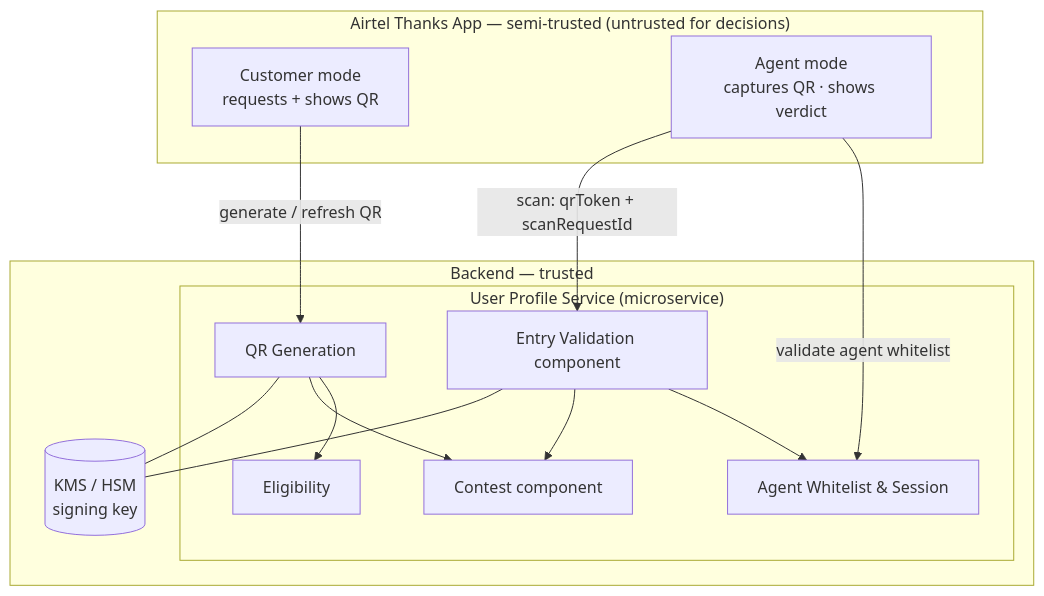
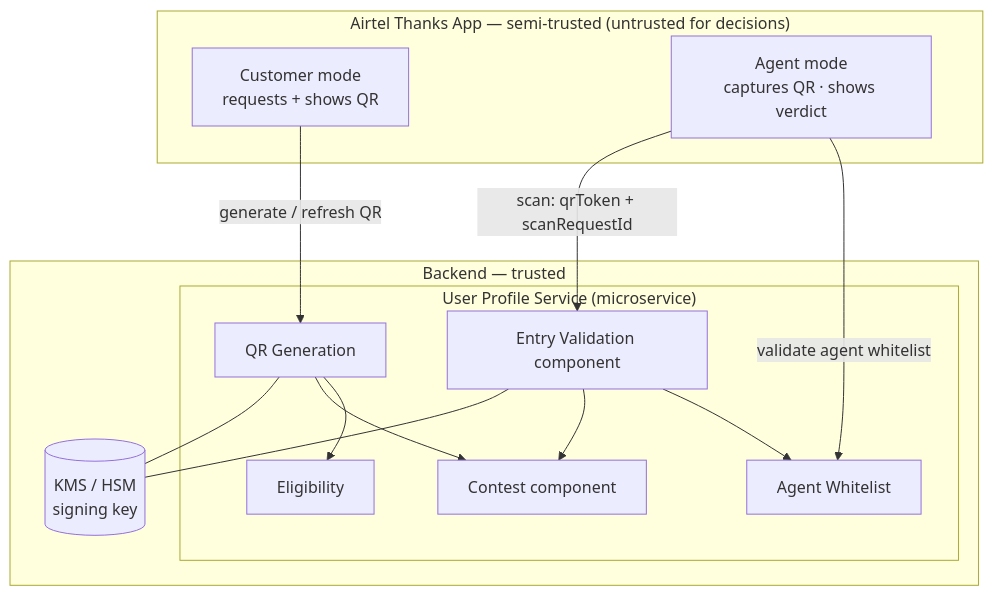
The fifth of 16 diagrams in docs/digital-membership/03-hld.md (Amitpawar503/lazzy), drawn with Mermaid before and after one commit. The commit also changed other lines of this file and 33 other files, not shown here.

````diff
--- a/docs/digital-membership/03-hld.md
+++ b/docs/digital-membership/03-hld.md
@@ -212,28 +211,28 @@
 ```mermaid
 flowchart TB
   subgraph Client["Airtel Thanks App — semi-trusted (untrusted for decisions)"]
     CUST["Customer mode\nrequests + shows QR"]
     AGT["Agent mode\ncaptures QR · shows verdict"]
   end
 
   subgraph Trusted["Backend — trusted"]
     subgraph UPS["User Profile Service (microservice)"]
       QRG[QR Generation]
       ELIG[Eligibility]
-      WLC[Agent Whitelist & Session]
+      WLC[Agent Whitelist]
       CTS[Contest component]
       EVS[Entry Validation component]
     end
     KMS[("KMS / HSM\nsigning key")]
   end
 
   CUST -->|generate / refresh QR| QRG
   AGT -->|validate agent whitelist| WLC
   AGT -->|scan: qrToken + scanRequestId| EVS
   QRG --> ELIG
   QRG --> CTS
   EVS --> WLC
   EVS --> CTS
   QRG --- KMS
   EVS --- KMS
 ```
````
